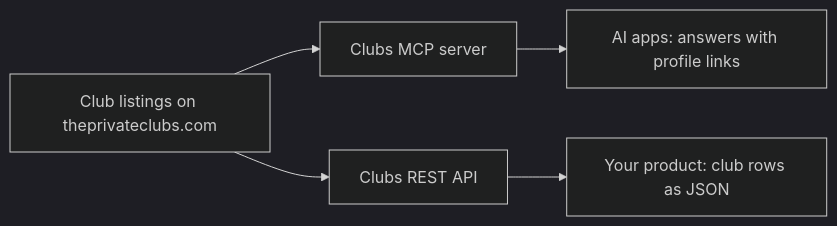
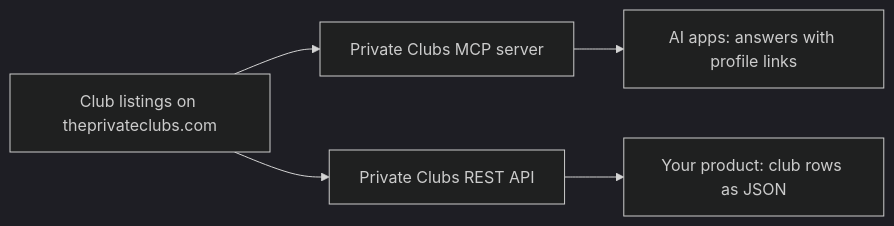
One commit to chrisknightxyz/theprivateclubs-docs changed the diagram in how-clubs-works.mdx. Above: the diagram before and after it, drawn with Mermaid (dark theme). The commit also changed other lines of this file and 43 other files, not shown here.

First line of the commit message:
Private Clubs docs: our logo, blue, fonts and sizes, /mcp illustrations, redirects from the old pages

````diff
--- a/how-clubs-works.mdx
+++ b/how-clubs-works.mdx
@@ -8,7 +8,7 @@
 ```mermaid
 flowchart LR
-  A["Club listings on theprivateclubs.com"] --> B["Clubs MCP server"]
-  A --> C["Clubs REST API"]
+  A["Club listings on theprivateclubs.com"] --> B["Private Clubs MCP server"]
+  A --> C["Private Clubs REST API"]
   B --> D["AI apps: answers with profile links"]
   C --> E["Your product: club rows as JSON"]
 ```
````
